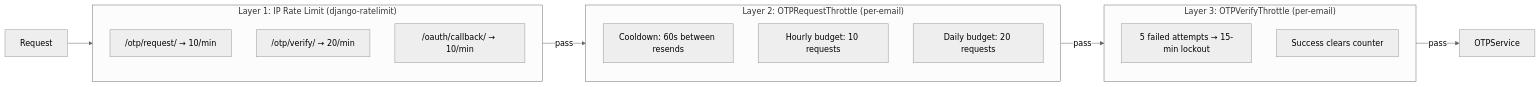
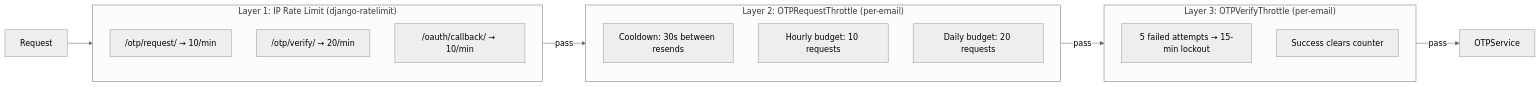
Before and after one commit to markolofsen/django-cfg: the second of 2 diagrams in docs/features/built-in-apps/user-management/accounts/otp.mdx, drawn with Mermaid (neutral theme). The commit also changed other lines of this file and 15 other files, not shown here.

````diff
--- a/docs/features/built-in-apps/user-management/accounts/otp.mdx
+++ b/docs/features/built-in-apps/user-management/accounts/otp.mdx
@@ -194,27 +195,27 @@
 ```mermaid
 graph LR
     REQ[Request] --> L1
 
     subgraph L1["Layer 1: IP Rate Limit (django-ratelimit)"]
         IP1["/otp/request/ → 10/min"]
         IP2["/otp/verify/ → 20/min"]
         IP3["/oauth/callback/ → 10/min"]
     end
 
     L1 -->|pass| L2
 
     subgraph L2["Layer 2: OTPRequestThrottle (per-email)"]
-        C1[Cooldown: 60s between resends]
+        C1[Cooldown: 30s between resends]
         C2[Hourly budget: 10 requests]
         C3[Daily budget: 20 requests]
     end
 
     L2 -->|pass| L3
 
     subgraph L3["Layer 3: OTPVerifyThrottle (per-email)"]
         F1[5 failed attempts → 15-min lockout]
         F2[Success clears counter]
     end
 
     L3 -->|pass| SVC[OTPService]
 ```
````
